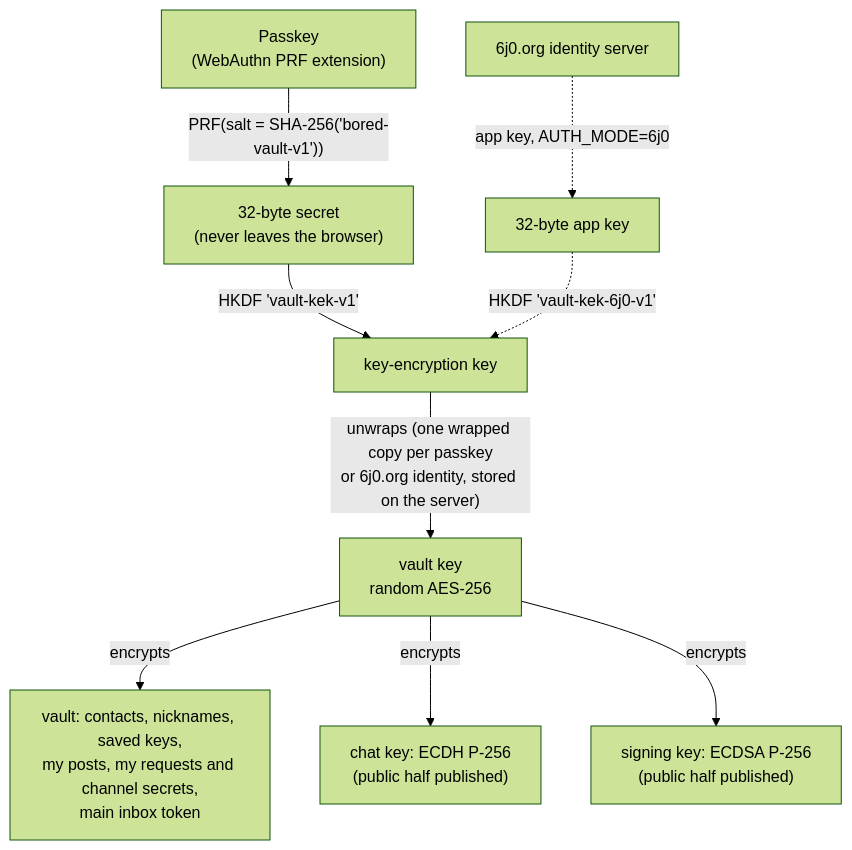
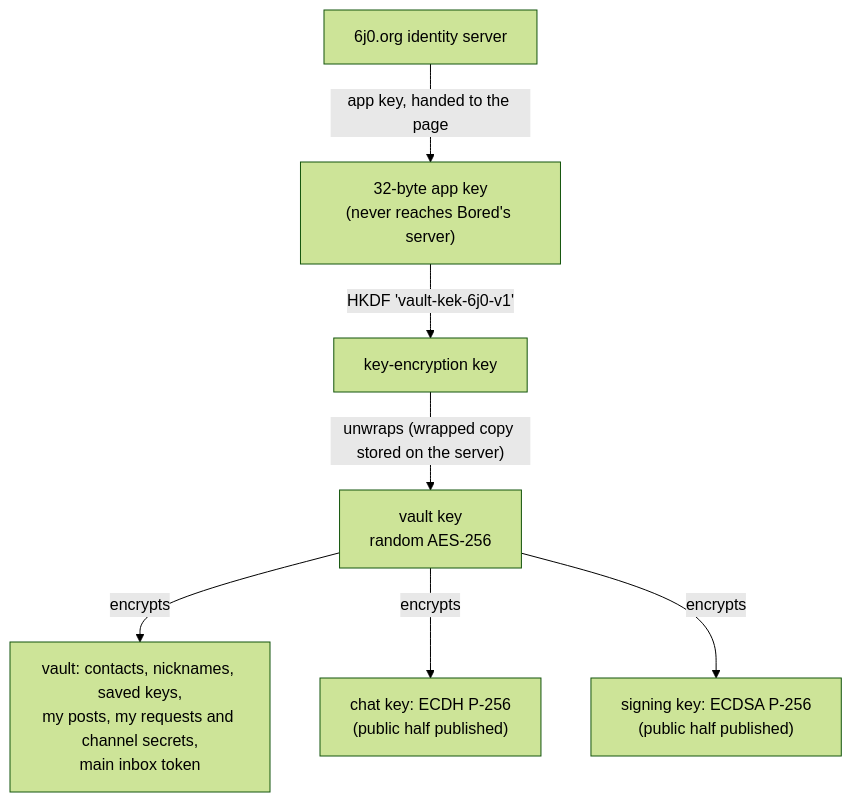
One commit to 6j0-org/bored changed the second of 8 diagrams in docs/encryption.md. Above: the diagram before and after it, drawn with Mermaid (forest theme). The commit also changed other lines of this file and 19 other files, not shown here.

````diff
--- a/docs/encryption.md
+++ b/docs/encryption.md
@@ -84,11 +84,9 @@
 ```mermaid
 flowchart TD
-  PK["Passkey<br/>(WebAuthn PRF extension)"] -->|"PRF(salt = SHA-256('bored-vault-v1'))"| PRF["32-byte secret<br/>(never leaves the browser)"]
-  ID["6j0.org identity server"] -.->|"app key, AUTH_MODE=6j0"| APP["32-byte app key"]
-  PRF -->|"HKDF 'vault-kek-v1'"| KEK["key-encryption key"]
-  APP -.->|"HKDF 'vault-kek-6j0-v1'"| KEK
-  KEK -->|"unwraps (one wrapped copy per passkey<br/>or 6j0.org identity, stored on the server)"| VK["vault key<br/>random AES-256"]
+  ID["6j0.org identity server"] -->|"app key, handed to the page"| APP["32-byte app key<br/>(never reaches Bored's server)"]
+  APP -->|"HKDF 'vault-kek-6j0-v1'"| KEK["key-encryption key"]
+  KEK -->|"unwraps (wrapped copy stored on the server)"| VK["vault key<br/>random AES-256"]
   VK -->|encrypts| V["vault: contacts, nicknames, saved keys,<br/>my posts, my requests and channel secrets,<br/>main inbox token"]
   VK -->|encrypts| CK["chat key: ECDH P-256<br/>(public half published)"]
   VK -->|encrypts| SK["signing key: ECDSA P-256<br/>(public half published)"]
 ```
````
